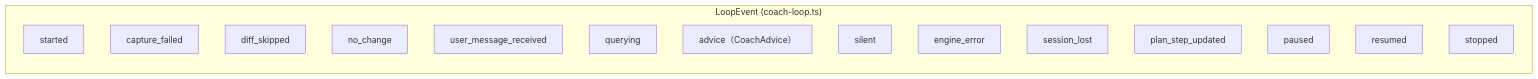
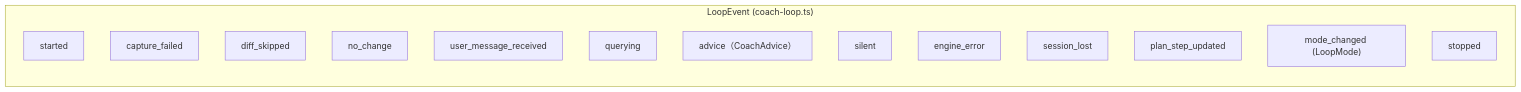
One commit to yukaorange/dcc_suport changed the eighth of 18 diagrams in packages/core/docs/reading-guide.md. Above: the diagram before and after it, drawn with Mermaid. The commit also changed other lines of this file and 17 other files, not shown here.

````diff
--- a/packages/core/docs/reading-guide.md
+++ b/packages/core/docs/reading-guide.md
@@ -231,19 +282,18 @@
 ```mermaid
 graph LR
     subgraph "LoopEvent (coach-loop.ts)"
         started
         capture_failed
         diff_skipped
         no_change
         user_message_received
         querying
         advice["advice（CoachAdvice）"]
         silent
         engine_error
         session_lost
         plan_step_updated
-        paused
-        resumed
+        mode_changed["mode_changed (LoopMode)"]
         stopped
     end
 ```
````
